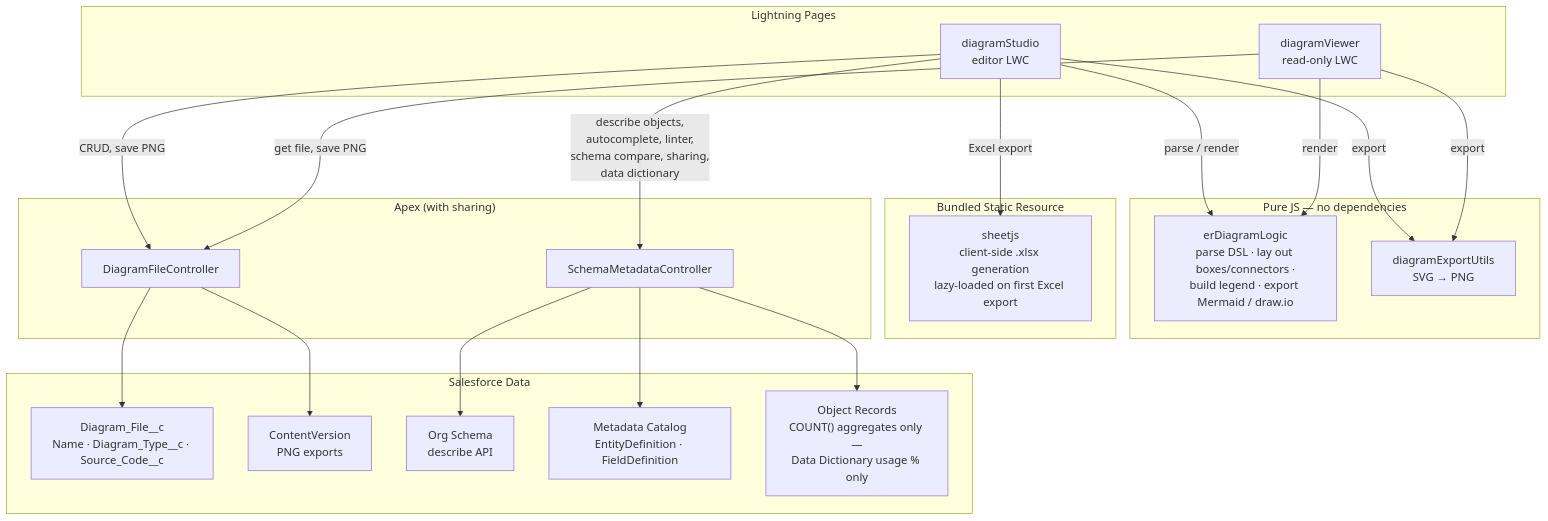
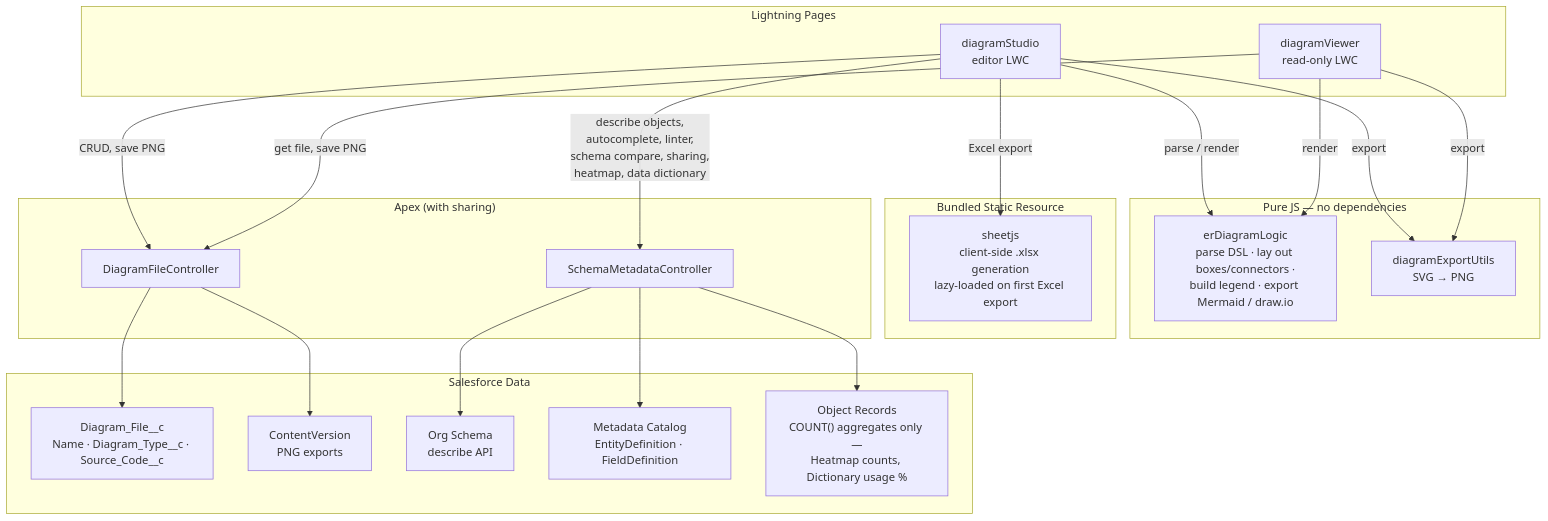
The diagram in README.md (vikascohen/Salesforce-ER-Modeller-Studio), drawn with Mermaid before and after one commit. The commit also changed other lines of this file and 3 other files, not shown here.

````diff
--- a/README.md
+++ b/README.md
@@ -149,45 +156,45 @@
 ```mermaid
 graph TD
     subgraph UI["Lightning Pages"]
         DS["diagramStudio<br/>editor LWC"]
         DV["diagramViewer<br/>read-only LWC"]
     end
 
     subgraph Logic["Pure JS — no dependencies"]
         ERL["erDiagramLogic<br/>parse DSL · lay out boxes/connectors ·<br/>build legend · export Mermaid / draw.io"]
         EXP["diagramExportUtils<br/>SVG → PNG"]
     end
 
     subgraph ThirdParty["Bundled Static Resource"]
         XLSX["sheetjs<br/>client-side .xlsx generation<br/>lazy-loaded on first Excel export"]
     end
 
     subgraph Apex["Apex (with sharing)"]
         DFC["DiagramFileController"]
         SMC["SchemaMetadataController"]
     end
 
     subgraph Data["Salesforce Data"]
         OBJ["Diagram_File__c<br/>Name · Diagram_Type__c · Source_Code__c"]
         FILES["ContentVersion<br/>PNG exports"]
         SCHEMA["Org Schema<br/>describe API"]
         CATALOG["Metadata Catalog<br/>EntityDefinition · FieldDefinition"]
-        RECORDS["Object Records<br/>COUNT() aggregates only —<br/>Data Dictionary usage % only"]
+        RECORDS["Object Records<br/>COUNT() aggregates only —<br/>Heatmap counts, Dictionary usage %"]
     end
 
     DS -- "parse / render" --> ERL
     DS -- "export" --> EXP
     DS -- "Excel export" --> XLSX
     DS -- "CRUD, save PNG" --> DFC
-    DS -- "describe objects,<br/>autocomplete, linter,<br/>schema compare, sharing,<br/>data dictionary" --> SMC
+    DS -- "describe objects,<br/>autocomplete, linter,<br/>schema compare, sharing,<br/>heatmap, data dictionary" --> SMC
 
     DV -- "render" --> ERL
     DV -- "export" --> EXP
     DV -- "get file, save PNG" --> DFC
 
     DFC --> OBJ
     DFC --> FILES
     SMC --> SCHEMA
     SMC --> CATALOG
     SMC --> RECORDS
 ```
````
